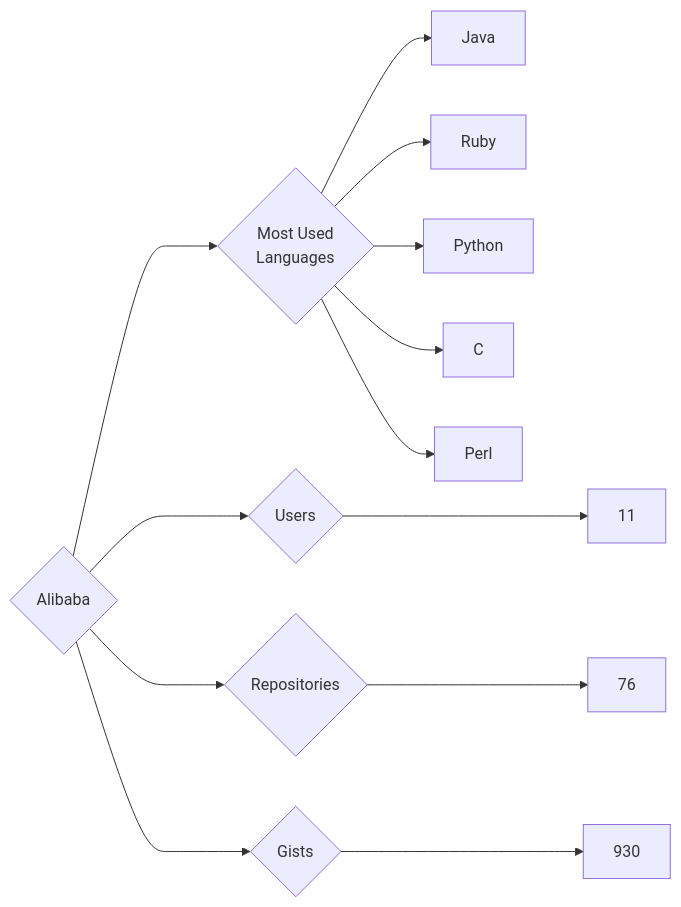
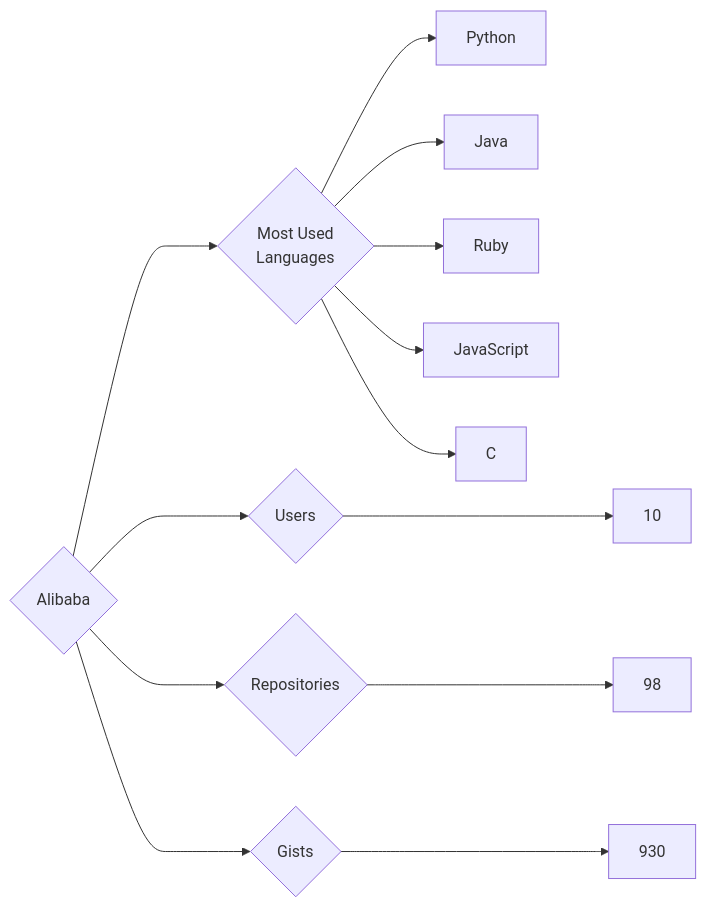
Before and after one commit to trickest/insiders: the diagram in targets/Alibaba/README.md, drawn with Mermaid. The commit also changed 997 other files, not shown here.

````diff
--- a/targets/Alibaba/README.md
+++ b/targets/Alibaba/README.md
@@ -3,13 +3,13 @@
 ```mermaid
 graph LR
 COMPANY_NAME{Alibaba}
-COMPANY_NAME ---> U{Users} ---> UN[11]
-COMPANY_NAME ---> R{Repositories} ---> RN[76]
+COMPANY_NAME ---> U{Users} ---> UN[10]
+COMPANY_NAME ---> R{Repositories} ---> RN[98]
 COMPANY_NAME ---> G{Gists} ---> GN[930]
 COMPANY_NAME ---> ML{Most Used<br>Languages}
+ML --> Python[Python]
 ML --> Java[Java]
 ML --> Ruby[Ruby]
-ML --> Python[Python]
+ML --> JavaScript[JavaScript]
 ML --> C[C]
-ML --> Perl[Perl]
 ```
````
